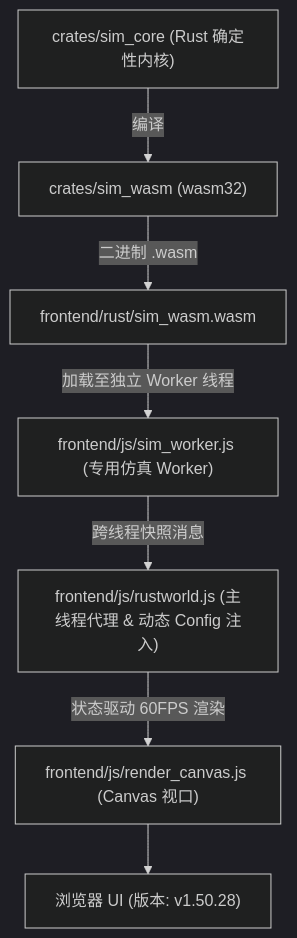
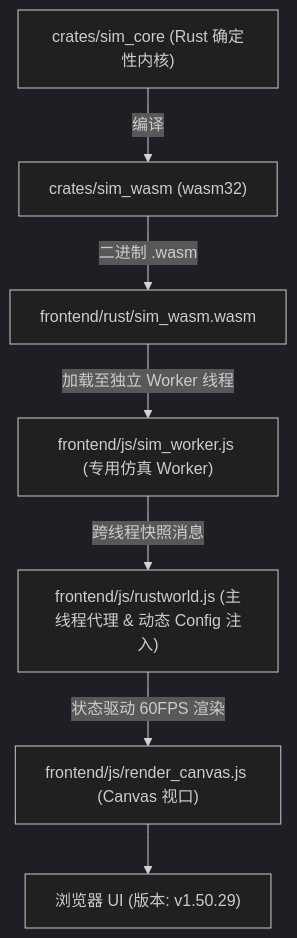
Before and after one commit to g39088902/FlowAndAccord: the diagram in AGENTS.md, drawn with Mermaid (dark theme). The commit also changed other lines of this file and 33 other files, not shown here.

````diff
--- a/AGENTS.md
+++ b/AGENTS.md
@@ -61,9 +61,9 @@
 ```mermaid
 graph TD
     A["crates/sim_core (Rust 确定性内核)"] -->|编译| B["crates/sim_wasm (wasm32)"]
     B -->|二进制 .wasm| C["frontend/rust/sim_wasm.wasm"]
     C -->|加载至独立 Worker 线程| D["frontend/js/sim_worker.js (专用仿真 Worker)"]
     D -->|跨线程快照消息| E["frontend/js/rustworld.js (主线程代理 & 动态 Config 注入)"]
     E -->|状态驱动 60FPS 渲染| F["frontend/js/render_canvas.js (Canvas 视口)"]
-    F --> G["浏览器 UI (版本: v1.50.28)"]
+    F --> G["浏览器 UI (版本: v1.50.29)"]
 ```
````
